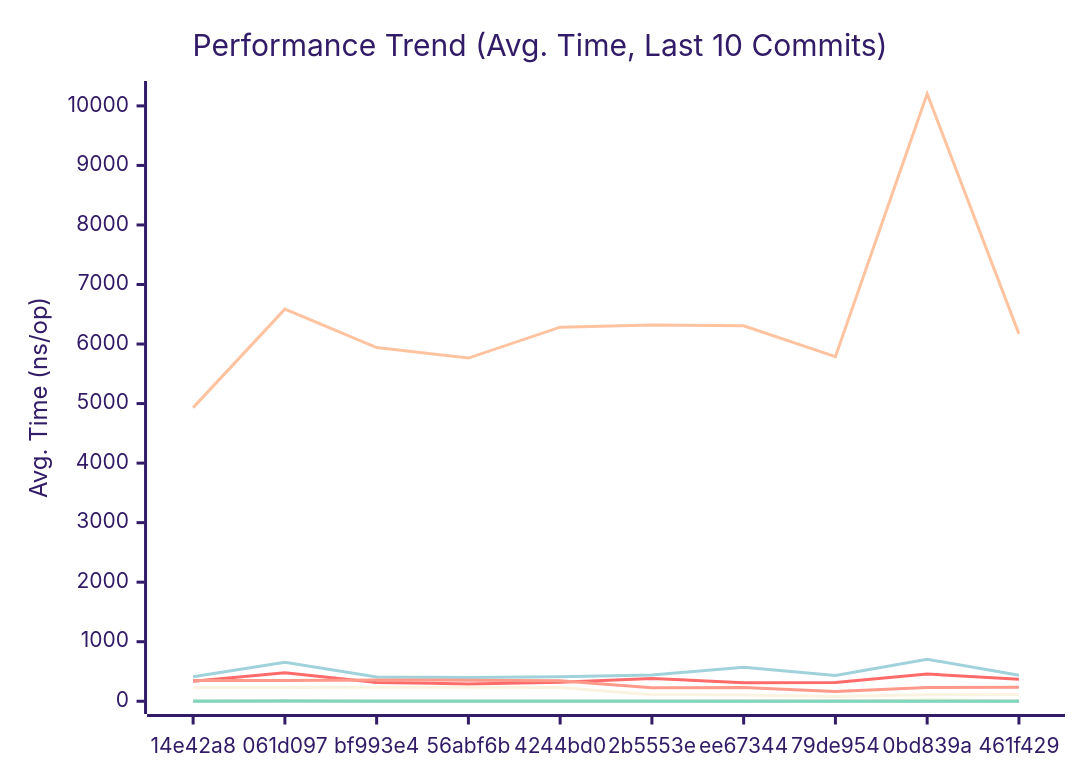
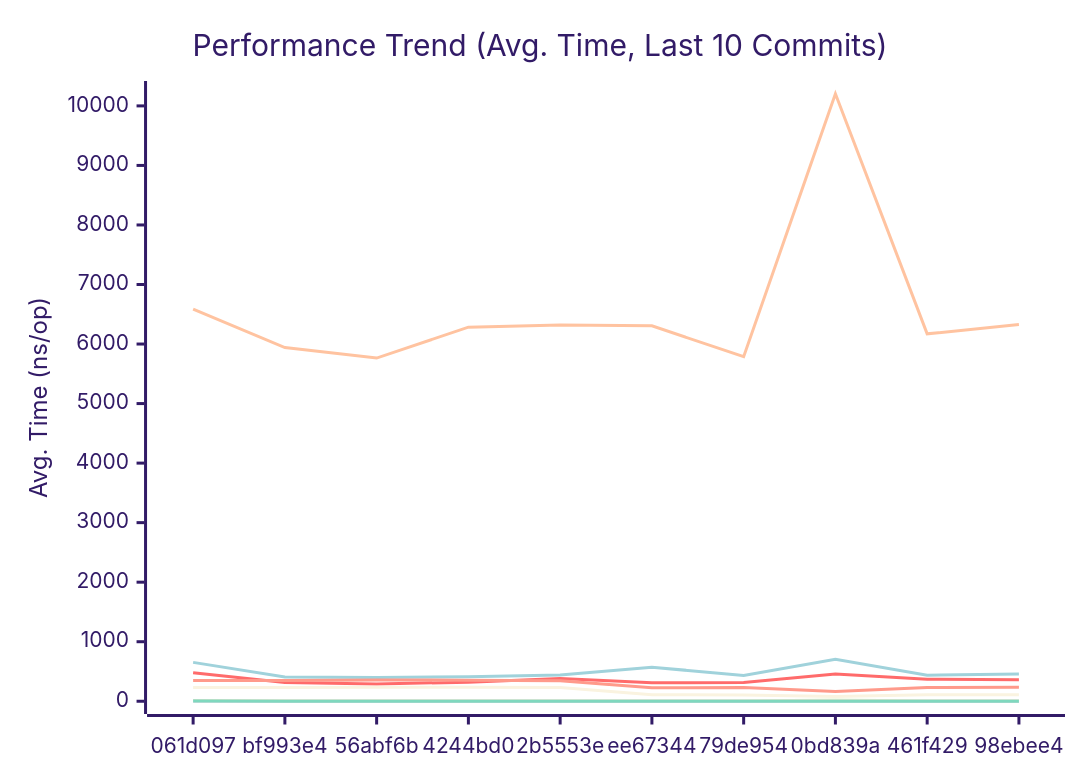
One commit to alsotoes/momo changed the first of 3 diagrams in docs/PERFORMANCE.md. Above: the diagram before and after it, drawn with Mermaid (forest theme). The commit also changed other lines of this file and 3 other files, not shown here.

````diff
--- a/docs/PERFORMANCE.md
+++ b/docs/PERFORMANCE.md
@@ -80,16 +80,16 @@
 ```mermaid
 xychart-beta
     title "Performance Trend (Avg. Time, Last 10 Commits)"
     x-axis "Commit"
     y-axis "Avg. Time (ns/op)"
-    x-axis [14e42a8,061d097,bf993e4,56abf6b,4244bd0,2b5553e,ee67344,79de954,0bd839a,461f429]
-    line "CheckMetricsAndSwap" [8,11,7,9,8,8,10,8,18,9]
-    line "CrushOptimized" [334,480,316,291,320,382,312,314,456,371]
-    line "CrushOriginal" [411,653,408,400,411,439,573,431,705,437]
+    x-axis [061d097,bf993e4,56abf6b,4244bd0,2b5553e,ee67344,79de954,0bd839a,461f429,98ebee4]
+    line "CheckMetricsAndSwap" [11,7,9,8,8,10,8,18,9,10]
+    line "CrushOptimized" [480,316,291,320,382,312,314,456,371,361]
+    line "CrushOriginal" [653,408,400,411,439,573,431,705,437,457]
     line "IndexDirectTracking" [0,0,0,0,0,0,0,0,0,0]
     line "IndexSearch" [3,3,3,3,3,3,3,3,3,3]
-    line "LoadGlobalConfig" [4932,6586,5941,5764,6283,6321,6306,5787,10204,6171]
-    line "PadString" [2,3,2,2,2,2,2,2,2,2]
+    line "LoadGlobalConfig" [6586,5941,5764,6283,6321,6306,5787,10204,6171,6327]
+    line "PadString" [3,2,2,2,2,2,2,2,2,2]
     line "ParseReplicationOrder_NoPrealloc" [350,349,357,354,345,225,229,165,232,234]
     line "ParseReplicationOrder_Prealloc" [229,231,237,234,229,108,107,80,110,109]
 ```
````
